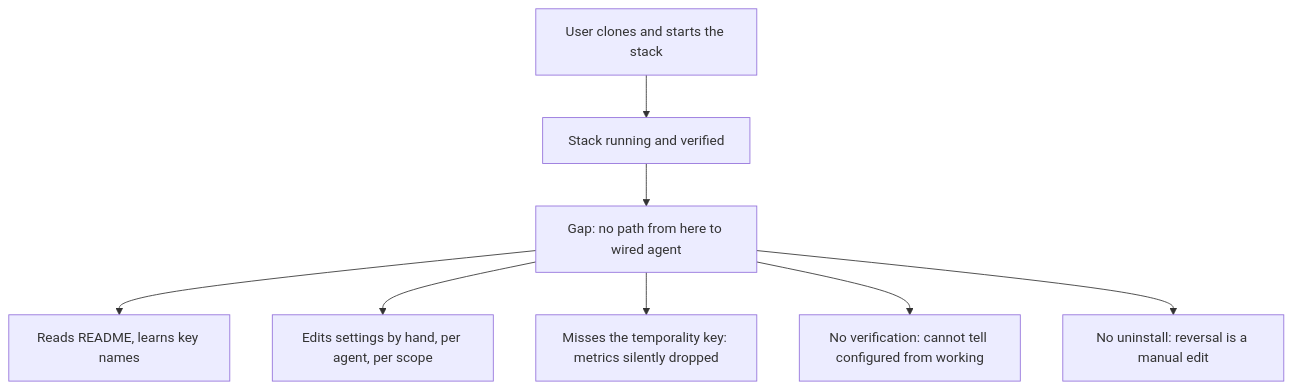
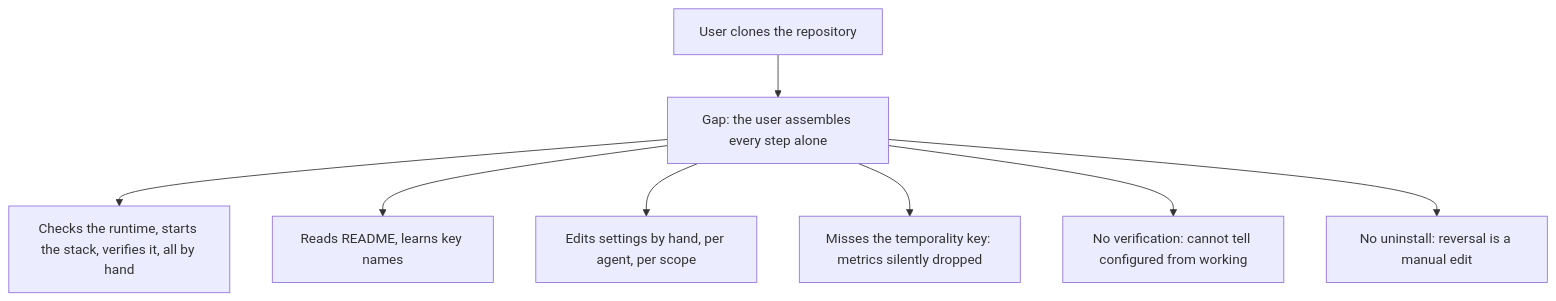
The first of 3 diagrams in docs/cr/CR-0006-agent-driven-install-path.md (desek/agent-observability), drawn with Mermaid before and after one commit. The commit also changed other lines of this file, not shown here.

First line of the commit message:
checkpoint(CR-0006): make the agent-driven path the primary install path

````diff
--- a/docs/cr/CR-0006-agent-driven-install-path.md
+++ b/docs/cr/CR-0006-agent-driven-install-path.md
@@ -55,10 +58,10 @@
 ```mermaid
 flowchart TD
-    CLONE["User clones and starts the stack"] --> RUNNING["Stack running and verified"]
-    RUNNING --> GAP["Gap: no path from here to wired agent"]
+    CLONE["User clones the repository"] --> GAP["Gap: the user assembles every step alone"]
+    GAP --> M0["Checks the runtime, starts the stack, verifies it, all by hand"]
     GAP --> M1["Reads README, learns key names"]
     GAP --> M2["Edits settings by hand, per agent, per scope"]
     GAP --> M3["Misses the temporality key: metrics silently dropped"]
     GAP --> M4["No verification: cannot tell configured from working"]
     GAP --> M5["No uninstall: reversal is a manual edit"]
 ```
````
